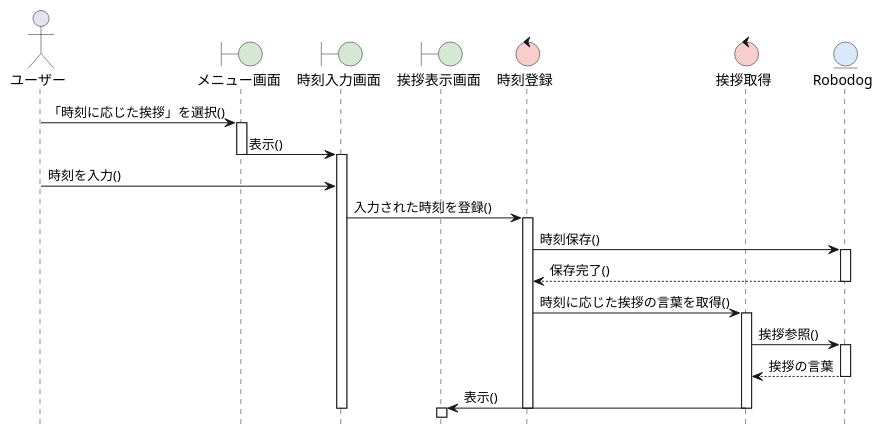
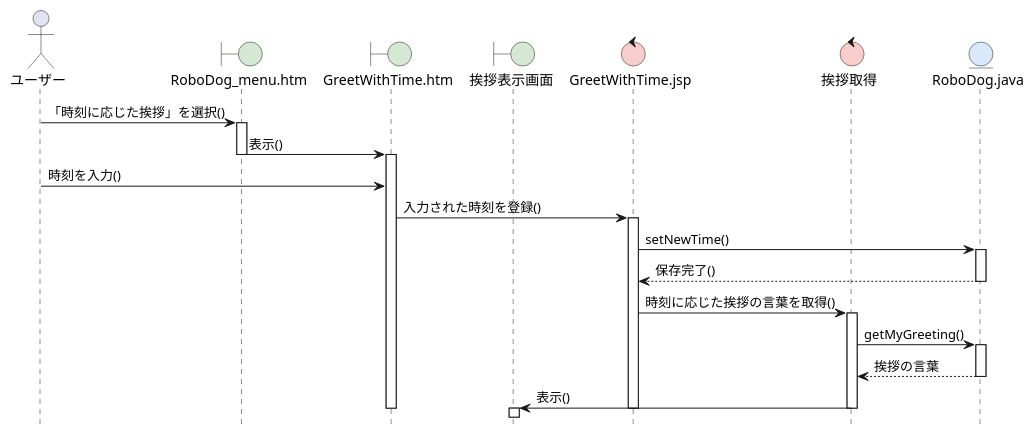
One commit to kmm2459342/ohara_uml changed the diagram in 06_robo_dog/sequence_02_greeting.pu. Above: the diagram before and after it, drawn with PlantUML. The commit also changed 2 other files, not shown here.

```diff
--- a/06_robo_dog/sequence_02_greeting.pu
+++ b/06_robo_dog/sequence_02_greeting.pu
@@ -1,44 +1,44 @@
 @startuml RoboDogシステム-時刻に応じた挨拶シーケンス図
 hide footbox
 skinparam boundaryBackgroundColor #D5E8D4
 skinparam controlBackgroundColor  #F8CECC
 skinparam entityBackgroundColor   #DAE8FC
 
 actor ユーザー as A
-boundary メニュー画面 as B1
-boundary 時刻入力画面 as B2
+boundary "RoboDog_menu.htm" as B1
+boundary "GreetWithTime.htm" as B2
 boundary 挨拶表示画面 as B3
-control 時刻登録 as C1
+control "GreetWithTime.jsp" as C1
 control 挨拶取得 as C2
-entity Robodog as E
+entity "RoboDog.java" as E
 
 A -> B1: 「時刻に応じた挨拶」を選択()
 activate B1
 
 B1 -> B2: 表示()
 deactivate B1
 activate B2
 
 A -> B2: 時刻を入力()
 
 B2 -> C1: 入力された時刻を登録()
 activate C1
-C1 -> E: 時刻保存()
+C1 -> E: setNewTime()
 activate E
 E --> C1: 保存完了()
 deactivate E
 
 C1 -> C2: 時刻に応じた挨拶の言葉を取得()
 activate C2
-C2 -> E: 挨拶参照()
+C2 -> E: getMyGreeting()
 activate E
 E --> C2: 挨拶の言葉
 deactivate E
 
 C2 -> B3: 表示()
 deactivate C2
 deactivate C1
 deactivate B2
 activate B3
 
 @enduml
```
